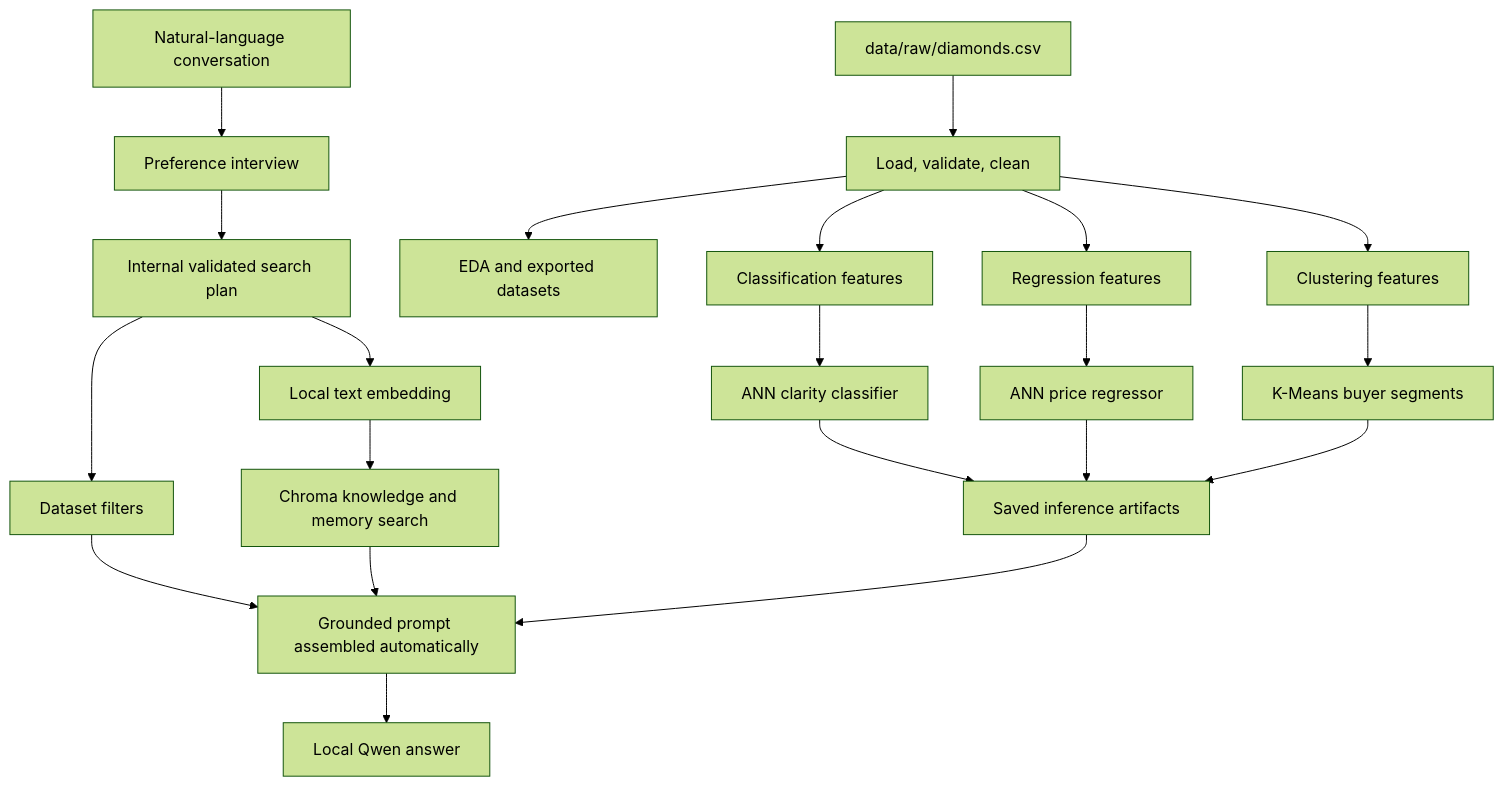
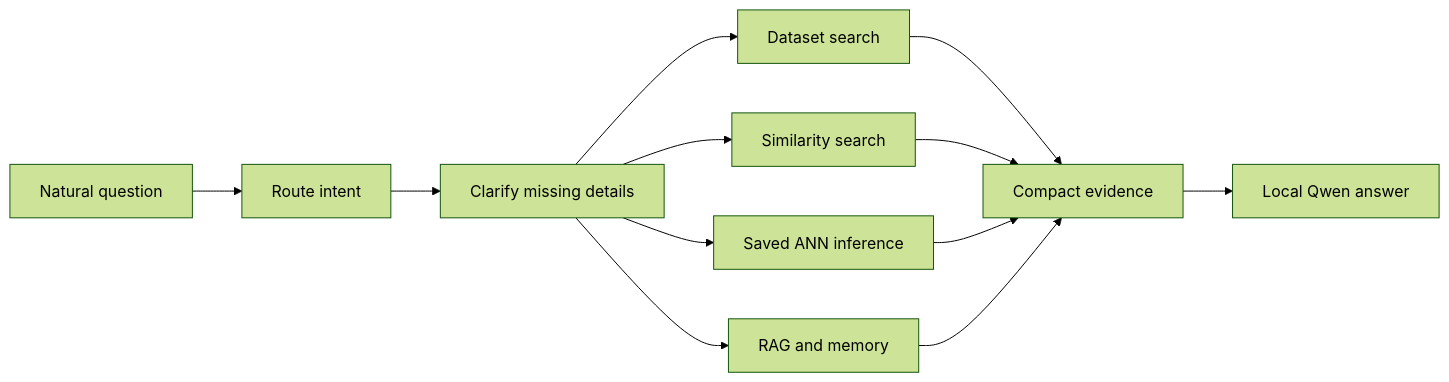
Before and after one commit to AliH7861/diamonds-predictor-application: the diagram in README.md, drawn with Mermaid (forest theme). The commit also changed other lines of this file and 11 other files, not shown here.

````diff
--- a/README.md
+++ b/README.md
@@ -41,23 +231,14 @@
 ```mermaid
-flowchart TD
-    A[data/raw/diamonds.csv] --> B[Load, validate, clean]
-    B --> C[EDA and exported datasets]
-    B --> D[Classification features]
-    B --> E[Regression features]
-    B --> F[Clustering features]
-    D --> G[ANN clarity classifier]
-    E --> H[ANN price regressor]
-    F --> I[K-Means buyer segments]
-    G --> J[Saved inference artifacts]
-    H --> J
-    I --> J
-    K[Natural-language conversation] --> L[Preference interview]
-    L --> M[Internal validated search plan]
-    M --> N[Dataset filters]
-    M --> O[Local text embedding]
-    O --> P[Chroma knowledge and memory search]
-    N --> Q[Grounded prompt assembled automatically]
-    P --> Q
-    J --> Q
-    Q --> R[Local Qwen answer]
+flowchart LR
+    A[Natural question] --> B[Route intent]
+    B --> C[Clarify missing details]
+    C --> D[Dataset search]
+    C --> E[Similarity search]
+    C --> F[Saved ANN inference]
+    C --> G[RAG and memory]
+    D --> H[Compact evidence]
+    E --> H
+    F --> H
+    G --> H
+    H --> I[Local Qwen answer]
 ```
````
